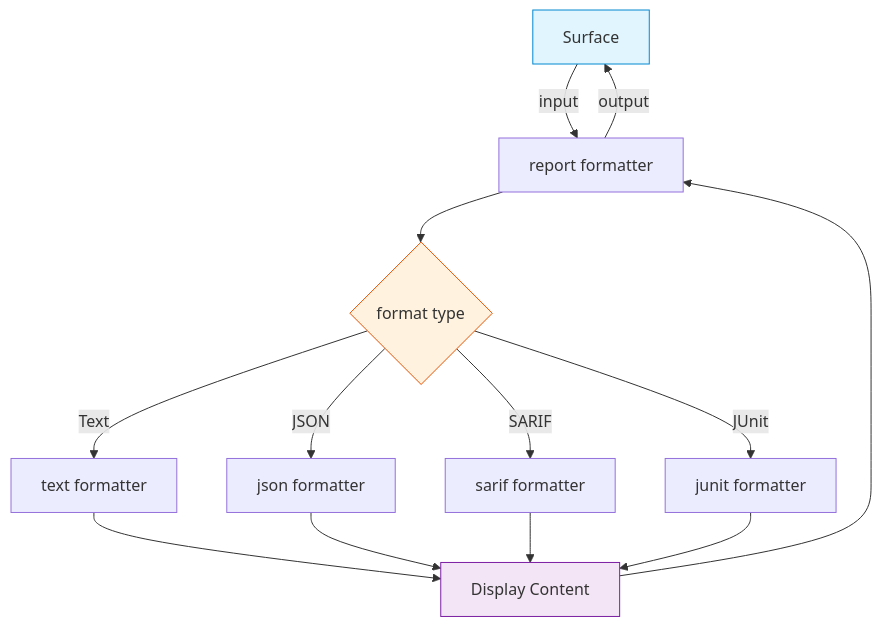
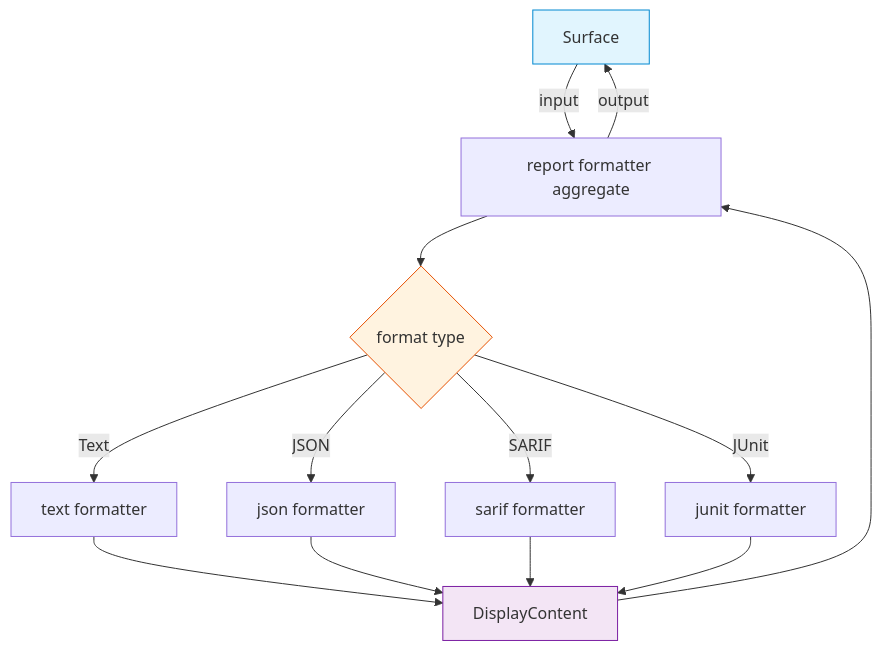
The diagram in crates/report-formatter/FRD.md (rakaarwaky/lint-arwaky), drawn with Mermaid before and after one commit. The commit also changed other lines of this file and 24 other files, not shown here.

````diff
--- a/crates/report-formatter/FRD.md
+++ b/crates/report-formatter/FRD.md
@@ -7,22 +19,22 @@
 ```mermaid
 flowchart TD
-    A["Surface"] -->|input| B["report formatter"]
+    A["Surface"] -->|input| B["report formatter aggregate"]
     B --> C{"format type"}
 
     C -->|"Text"| D["text formatter"]
     C -->|"JSON"| E["json formatter"]
     C -->|"SARIF"| F["sarif formatter"]
     C -->|"JUnit"| G["junit formatter"]
 
-    D --> H["Display Content"]
+    D --> H["DisplayContent"]
     E --> H
     F --> H
     G --> H
 
     H --> B
     B -->|output| A
 
     style A fill:#e1f5fe,stroke:#0288d1
     style C fill:#fff3e0,stroke:#e65100
     style H fill:#f3e5f5,stroke:#7b1fa2
 ```
````
